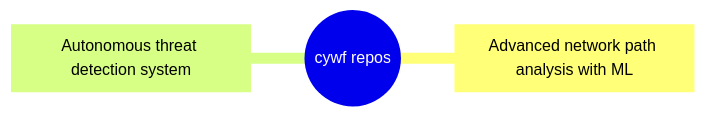
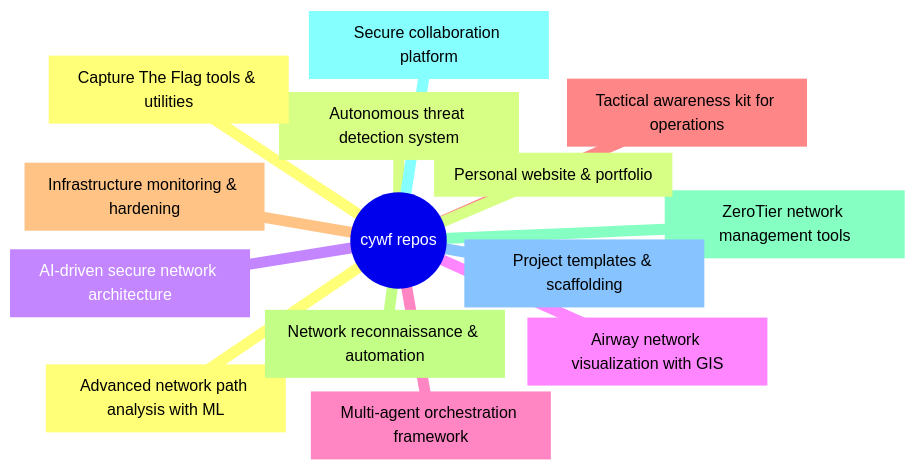
The diagram in README.md (cywf/cywf), drawn with Mermaid before and after one commit. The commit also changed other lines of this file and 11 other files, not shown here.

````diff
--- a/README.md
+++ b/README.md
@@ -293,6 +208,17 @@
 ```mermaid
 mindmap
   root((cywf repos))
     FortiPath[Advanced network path analysis with ML]
     sentinel-project[Autonomous threat detection system]
+    AegisNet[AI-driven secure network architecture]
+    AirwayAtlas[Airway network visualization with GIS]
+    willow[Multi-agent orchestration framework]
+    OTG-TAK[Tactical awareness kit for operations]
+    InfraGuard[Infrastructure monitoring & hardening]
+    NetNinja[Network reconnaissance & automation]
+    ZeroTier-Toolkit[ZeroTier network management tools]
+    AlphaNest[Secure collaboration platform]
+    Boilerplates[Project templates & scaffolding]
+    CTF-Kit[Capture The Flag tools & utilities]
+    cywf.github.io[Personal website & portfolio]
 ```
````
